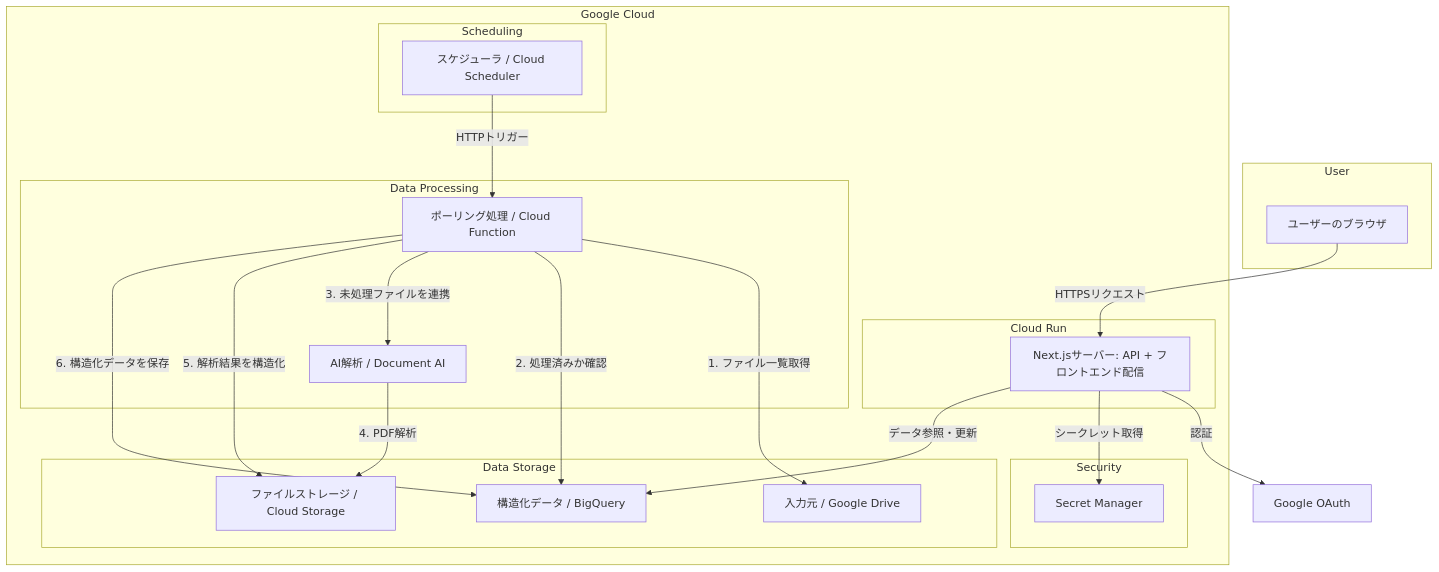
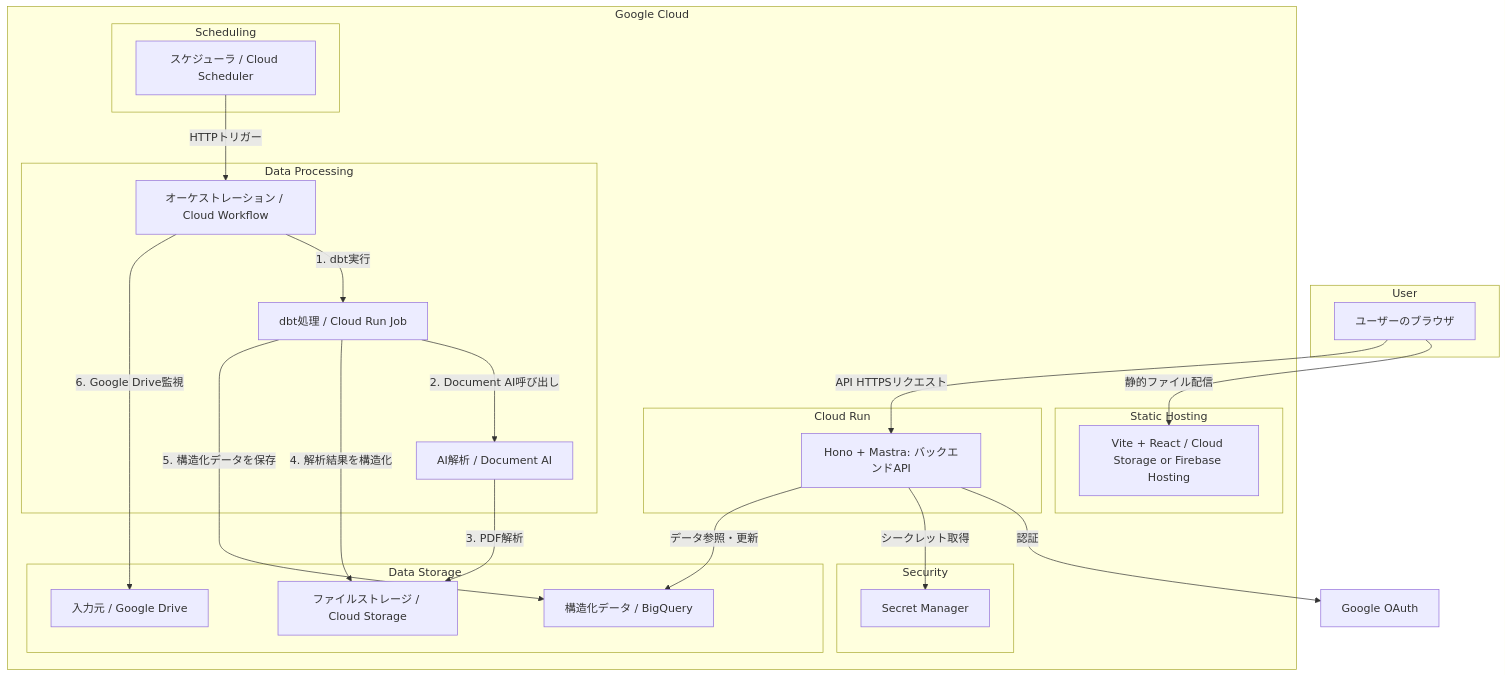
The diagram in docs/design/01_architecture.md (utky/preschool-agent), drawn with Mermaid before and after one commit. The commit also changed other lines of this file and 5 other files, not shown here.

First line of the commit message:
アーキテクチャ設計を更新: Next.js → Vite + React + Hono + Mastra

````diff
--- a/docs/design/01_architecture.md
+++ b/docs/design/01_architecture.md
@@ -7,39 +7,44 @@
 ```mermaid
 graph TD
     subgraph User
         U[ユーザーのブラウザ]
     end
 
     subgraph "Google Cloud"
+        subgraph "Static Hosting"
+            FE[Vite + React / Cloud Storage or Firebase Hosting]
+        end
         subgraph "Cloud Run"
-            B[Next.jsサーバー: API + フロントエンド配信]
+            BE[Hono + Mastra: バックエンドAPI]
         end
         subgraph "Data Processing"
-            C[ポーリング処理 / Cloud Function]
+            C[dbt処理 / Cloud Run Job]
             D[AI解析 / Document AI]
+            W[オーケストレーション / Cloud Workflow]
         end
         subgraph "Data Storage"
             E[構造化データ / BigQuery]
             F[ファイルストレージ / Cloud Storage]
             G[入力元 / Google Drive]
         end
         subgraph "Scheduling"
             H[スケジューラ / Cloud Scheduler]
         end
         subgraph "Security"
             I[Secret Manager]
         end
     end
 
-    U -- "HTTPSリクエスト" --> B
-    B -- "認証" --> Google[Google OAuth]
-    B -- "シークレット取得" --> I
-    B -- "データ参照・更新" --> E
-    H -- "HTTPトリガー" --> C
-    C -- "1. ファイル一覧取得" --> G
-    C -- "2. 処理済みか確認" --> E
-    C -- "3. 未処理ファイルを連携" --> D
-    D -- "4. PDF解析" --> F
-    C -- "5. 解析結果を構造化" --> F
-    C -- "6. 構造化データを保存" --> E
+    U -- "静的ファイル配信" --> FE
+    U -- "API HTTPSリクエスト" --> BE
+    BE -- "認証" --> Google[Google OAuth]
+    BE -- "シークレット取得" --> I
+    BE -- "データ参照・更新" --> E
+    H -- "HTTPトリガー" --> W
+    W -- "1. dbt実行" --> C
+    C -- "2. Document AI呼び出し" --> D
+    D -- "3. PDF解析" --> F
+    C -- "4. 解析結果を構造化" --> F
+    C -- "5. 構造化データを保存" --> E
+    W -- "6. Google Drive監視" --> G
 ```
````
